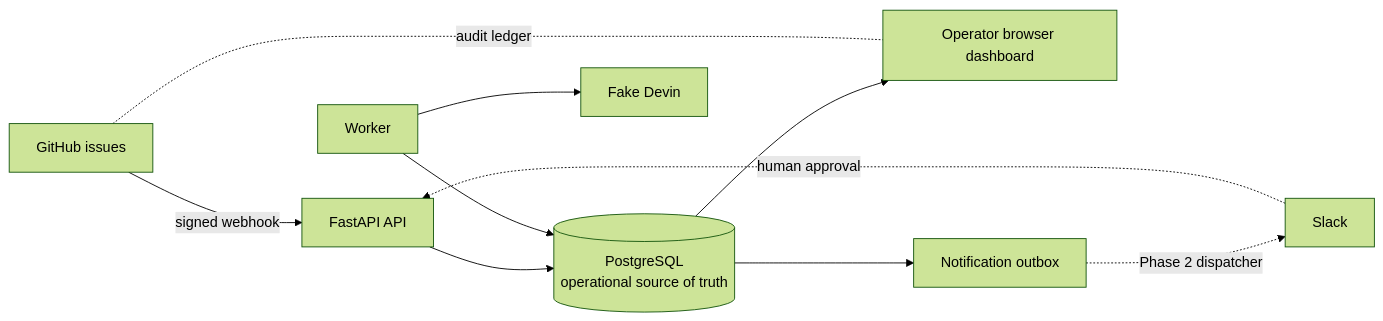
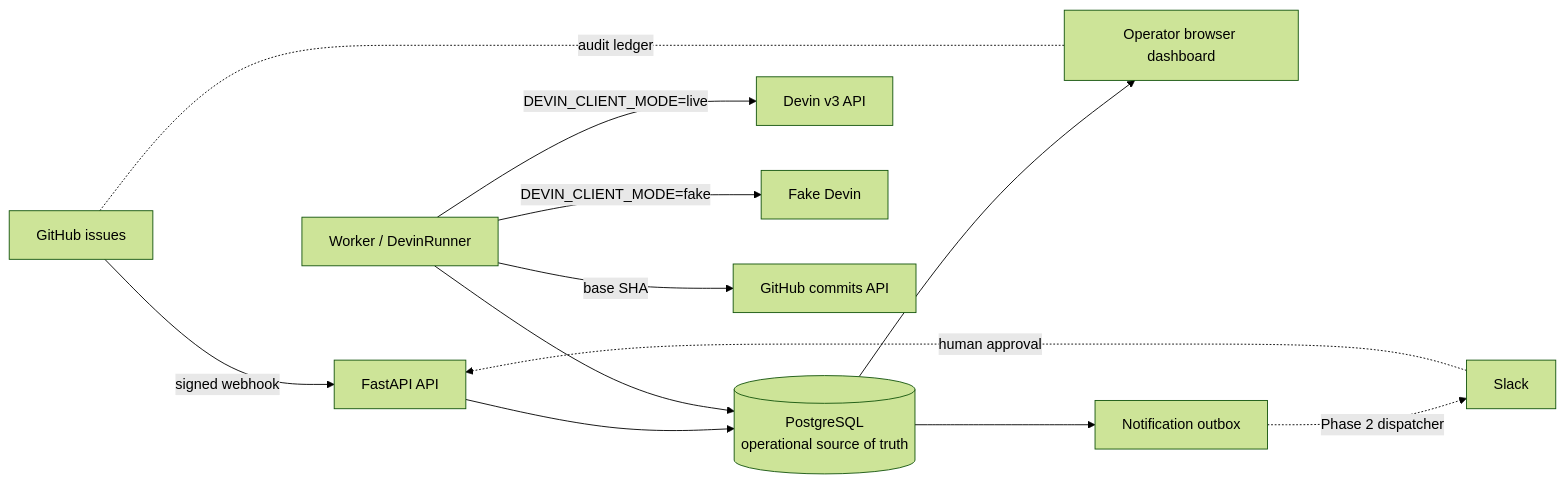
The first of 2 diagrams in docs/architecture.md (marcelaubry/superset-devin-remediator), drawn with Mermaid (forest theme) before and after one commit. The commit also changed other lines of this file and 43 other files, not shown here.

First line of the commit message:
Phase 2: live, bounded Devin triage integration

````diff
--- a/docs/architecture.md
+++ b/docs/architecture.md
@@ -19,12 +26,14 @@
 ```mermaid
 flowchart LR
   GH[GitHub issues] -->|signed webhook| API[FastAPI API]
   API --> DB[(PostgreSQL\noperational source of truth)]
-  W[Worker] --> DB
-  W --> D[Fake Devin]
+  W[Worker / DevinRunner] --> DB
+  W -->|DEVIN_CLIENT_MODE=live| L[Devin v3 API]
+  W -->|DEVIN_CLIENT_MODE=fake| D[Fake Devin]
+  W -->|base SHA| GHAPI[GitHub commits API]
   DB --> UI[Operator browser dashboard]
   DB --> O[Notification outbox]
   O -. Phase 2 dispatcher .-> SL[Slack]
   SL -. human approval .-> API
   GH -. audit ledger .- UI
 ```
````
